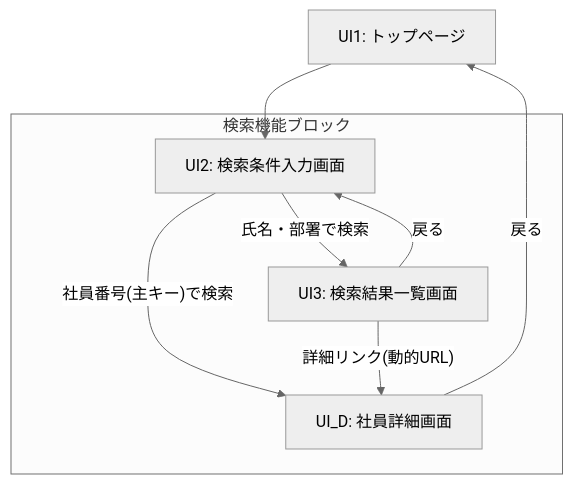
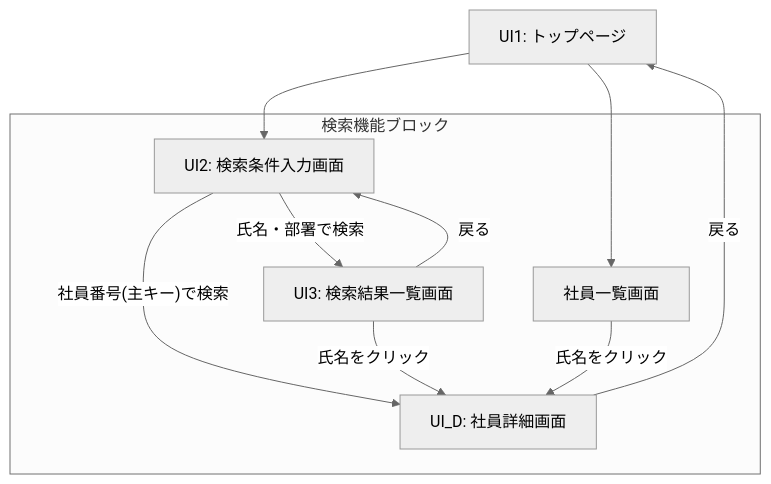
One commit to juyeongjung1/NewEIMS changed the diagram in EIMS_Comprehensive_Exercise_Guide.md. Above: the diagram before and after it, drawn with Mermaid (neutral theme). The commit also changed other lines of this file and 2 other files, not shown here.

````diff
--- a/EIMS_Comprehensive_Exercise_Guide.md
+++ b/EIMS_Comprehensive_Exercise_Guide.md
@@ -114,13 +41,15 @@
 ```mermaid
 flowchart TD
     UI1[UI1: トップページ] --> UI2[UI2: 検索条件入力画面]
+    UI1 --> UI_L[社員一覧画面]
     
     subgraph 検索機能ブロック
         UI2 -- "社員番号(主キー)で検索" --> UI_D[UI_D: 社員詳細画面]
         UI2 -- "氏名・部署で検索" --> UI3[UI3: 検索結果一覧画面]
-        UI3 -- "詳細リンク(動的URL)" --> UI_D
+        UI3 -- "氏名をクリック" --> UI_D
+        UI_L -- "氏名をクリック" --> UI_D
     end
     
     UI_D -->|戻る| UI1
     UI3 -->|戻る| UI2
 ```
````
